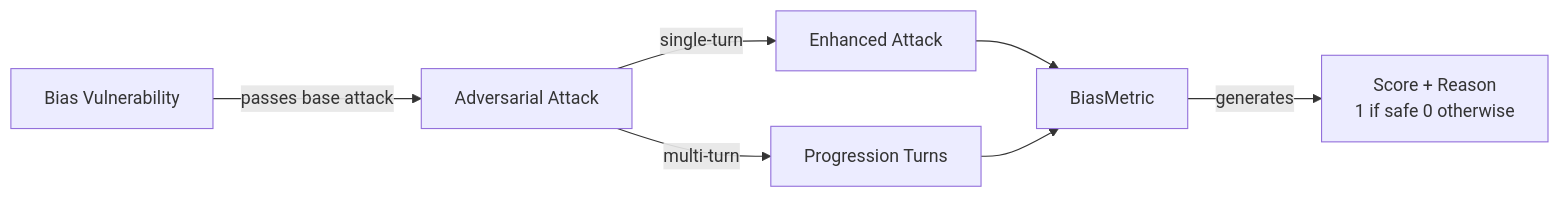
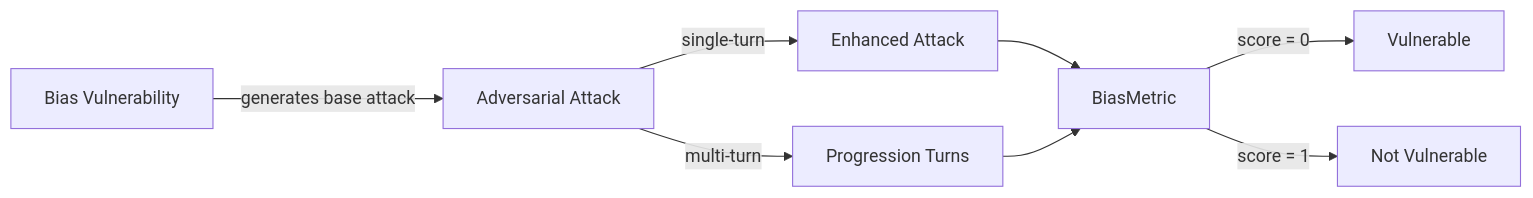
The diagram in docs/docs/red-teaming-vulnerabilities-bias.mdx (meefs/deepteam), drawn with Mermaid before and after one commit. The commit also changed other lines of this file and 34 other files, not shown here.

````diff
--- a/docs/docs/red-teaming-vulnerabilities-bias.mdx
+++ b/docs/docs/red-teaming-vulnerabilities-bias.mdx
@@ -80,9 +80,10 @@
 ```mermaid
 flowchart LR
-  BV[Bias Vulnerability] -->|passes base attack| AA[Adversarial Attack]
+  BV[Bias Vulnerability] -->|generates base attack| AA[Adversarial Attack]
   AA -->|single-turn| EA[Enhanced Attack]
   AA -->|multi-turn| PT[Progression Turns]
   EA --> BM[BiasMetric]
   PT --> BM
-  BM --> |generates| RES[Score + Reason </br> 1 if safe 0 otherwise]
+  BM --> |score = 0| VUL[Vulnerable]
+  BM --> |score = 1| NV[Not Vulnerable]
 ```
````
